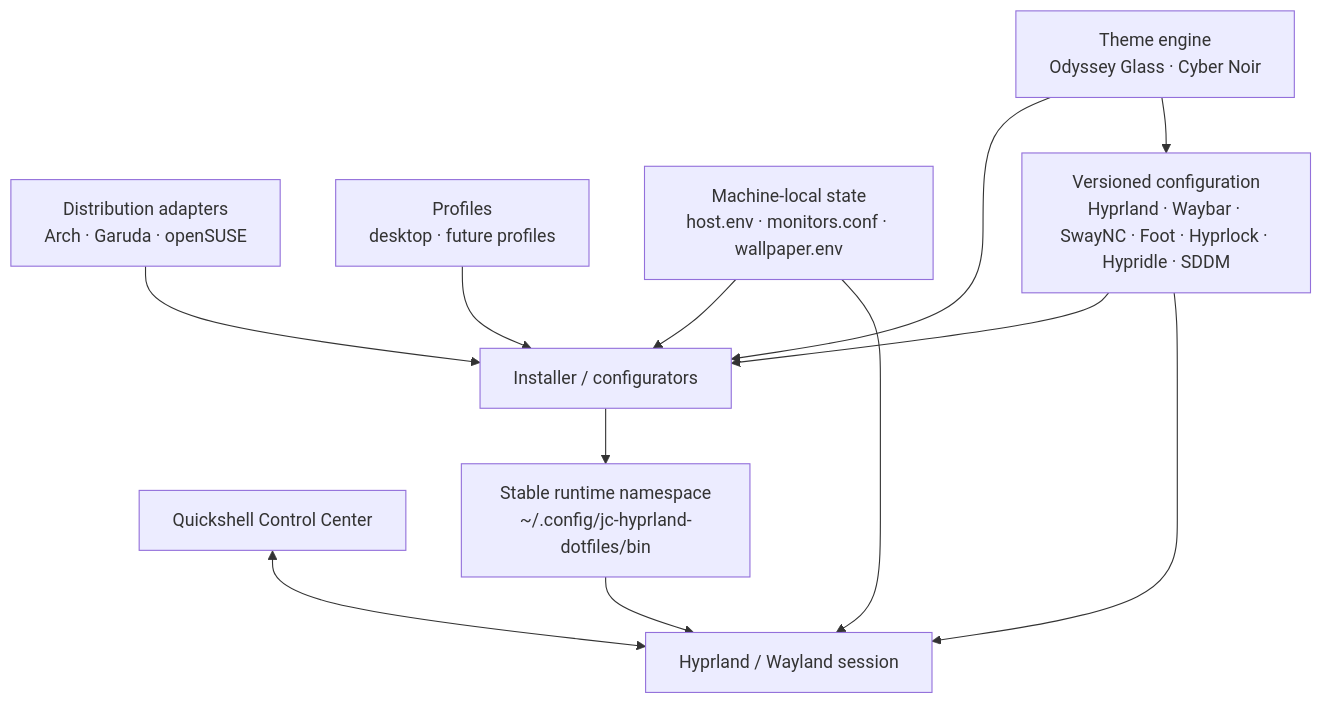
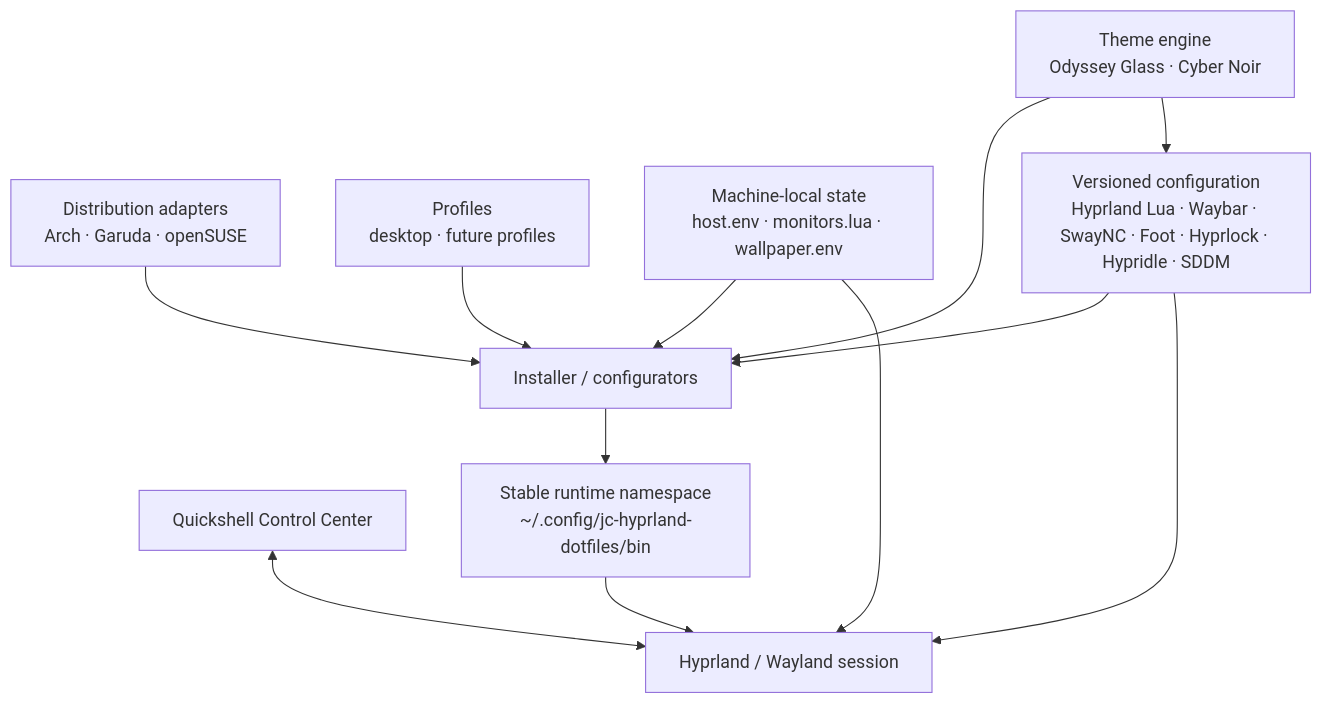
The first of 4 diagrams in docs/architecture.md (jcpina83/jc-hyprland-dotfiles), drawn with Mermaid before and after one commit. The commit also changed other lines of this file and 17 other files, not shown here.

Commit message:
refactor(hyprland): retire legacy Hyprlang configuration

````diff
--- a/docs/architecture.md
+++ b/docs/architecture.md
@@ -53,27 +58,27 @@
 ```mermaid
 flowchart TB
     D["Distribution adapters<br/>Arch · Garuda · openSUSE"]
     P["Profiles<br/>desktop · future profiles"]
-    H["Machine-local state<br/>host.env · monitors.conf · wallpaper.env"]
-    C["Versioned configuration<br/>Hyprland · Waybar · SwayNC · Foot · Hyprlock · Hypridle · SDDM"]
+    H["Machine-local state<br/>host.env · monitors.lua · wallpaper.env"]
+    C["Versioned configuration<br/>Hyprland Lua · Waybar · SwayNC · Foot · Hyprlock · Hypridle · SDDM"]
     T["Theme engine<br/>Odyssey Glass · Cyber Noir"]
     Q["Quickshell Control Center"]
     I["Installer / configurators"]
     R["Stable runtime namespace<br/>~/.config/jc-hyprland-dotfiles/bin"]
     W["Hyprland / Wayland session"]
 
     D --> I
     P --> I
     H --> I
     C --> I
     T --> I
 
     I --> R
     R --> W
 
     C --> W
     T --> C
     H --> W
 
     Q <--> W
 ```
````
